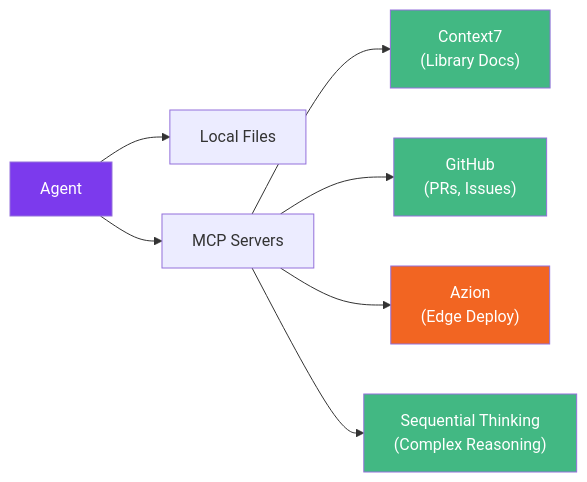
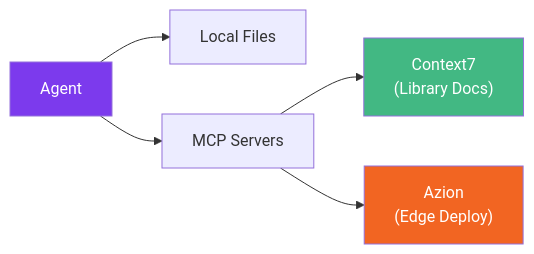
The diagram in docs/guide/mcp-integrations.md (HerbertJulio/specialist-agent), drawn with Mermaid before and after one commit. The commit also changed other lines of this file and 8 other files, not shown here.

First line of the commit message:
feat: revise MCP integrations and add Azion Edge Mode

````diff
--- a/docs/guide/mcp-integrations.md
+++ b/docs/guide/mcp-integrations.md
@@ -14,15 +12,11 @@
 ```mermaid
 graph LR
     A["Agent"] --> B["Local Files"]
     A --> C["MCP Servers"]
     C --> D["Context7<br/>(Library Docs)"]
-    C --> E["GitHub<br/>(PRs, Issues)"]
-    C --> F["Azion<br/>(Edge Deploy)"]
-    C --> G["Sequential Thinking<br/>(Complex Reasoning)"]
+    C --> E["Azion<br/>(Edge Deploy)"]
 
     style A fill:#7c3aed,color:#fff
     style D fill:#42b883,color:#fff
-    style E fill:#42b883,color:#fff
-    style F fill:#F26522,color:#fff
-    style G fill:#42b883,color:#fff
+    style E fill:#F26522,color:#fff
 ```
````
